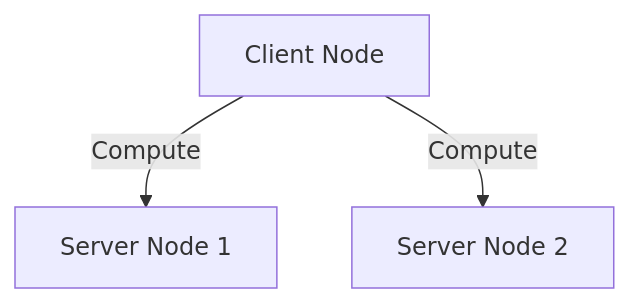
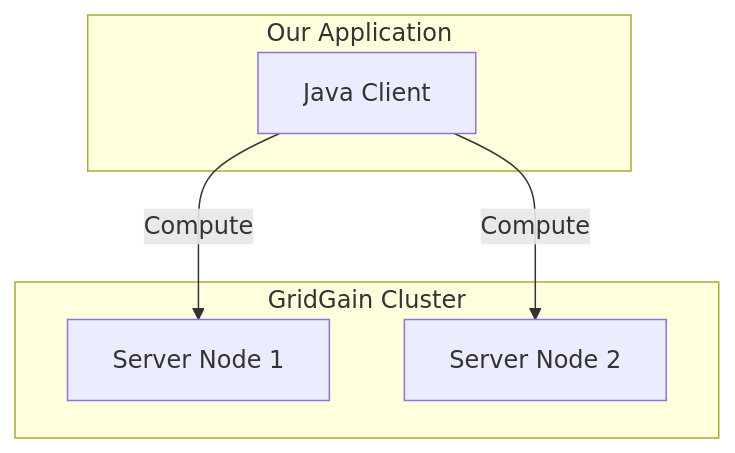
Before and after one commit to GridGain-Demos/gridgain-technology-primer: the first of 2 diagrams in core/docs/ComputeTask.md, drawn with Mermaid. The commit also changed other lines of this file, not shown here.

Commit message:
Minor changes

````diff
--- a/core/docs/ComputeTask.md
+++ b/core/docs/ComputeTask.md
@@ -51,6 +51,14 @@
 ```mermaid
 graph TD
-    CA[Client Node]
-    CA -->|Compute| Server_Node_1[Server Node 1]
-    CA -->|Compute| Server_Node_2[Server Node 2]
+    subgraph "GridGain Cluster"
+        Node1[Server Node 1]
+        Node2[Server Node 2]
+    end
+    
+    subgraph "Our Application"
+        Client[Java Client]
+    end
+    
+    Client -->|Compute| Node1
+    Client -->|Compute| Node2
 ```
````
